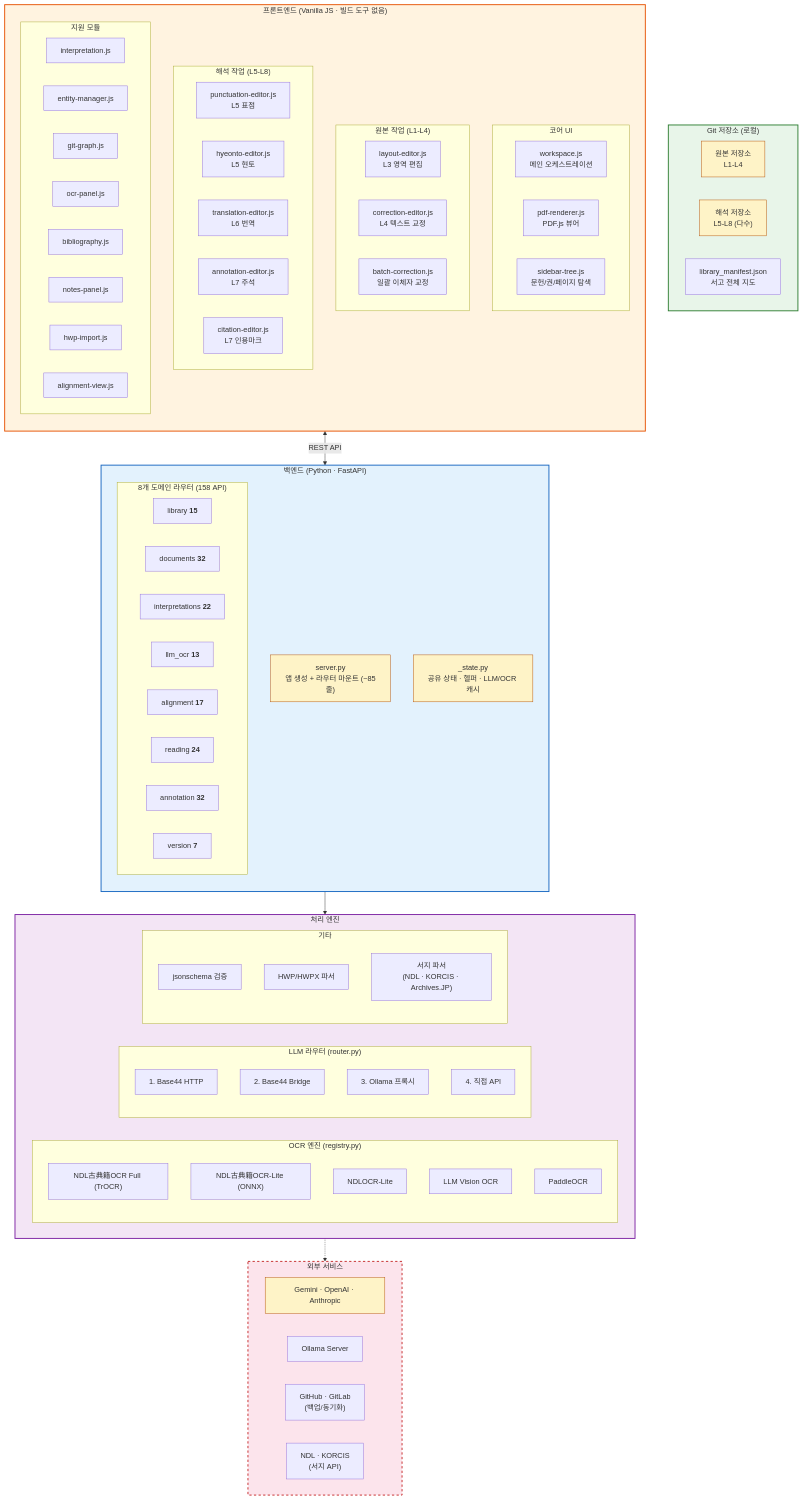
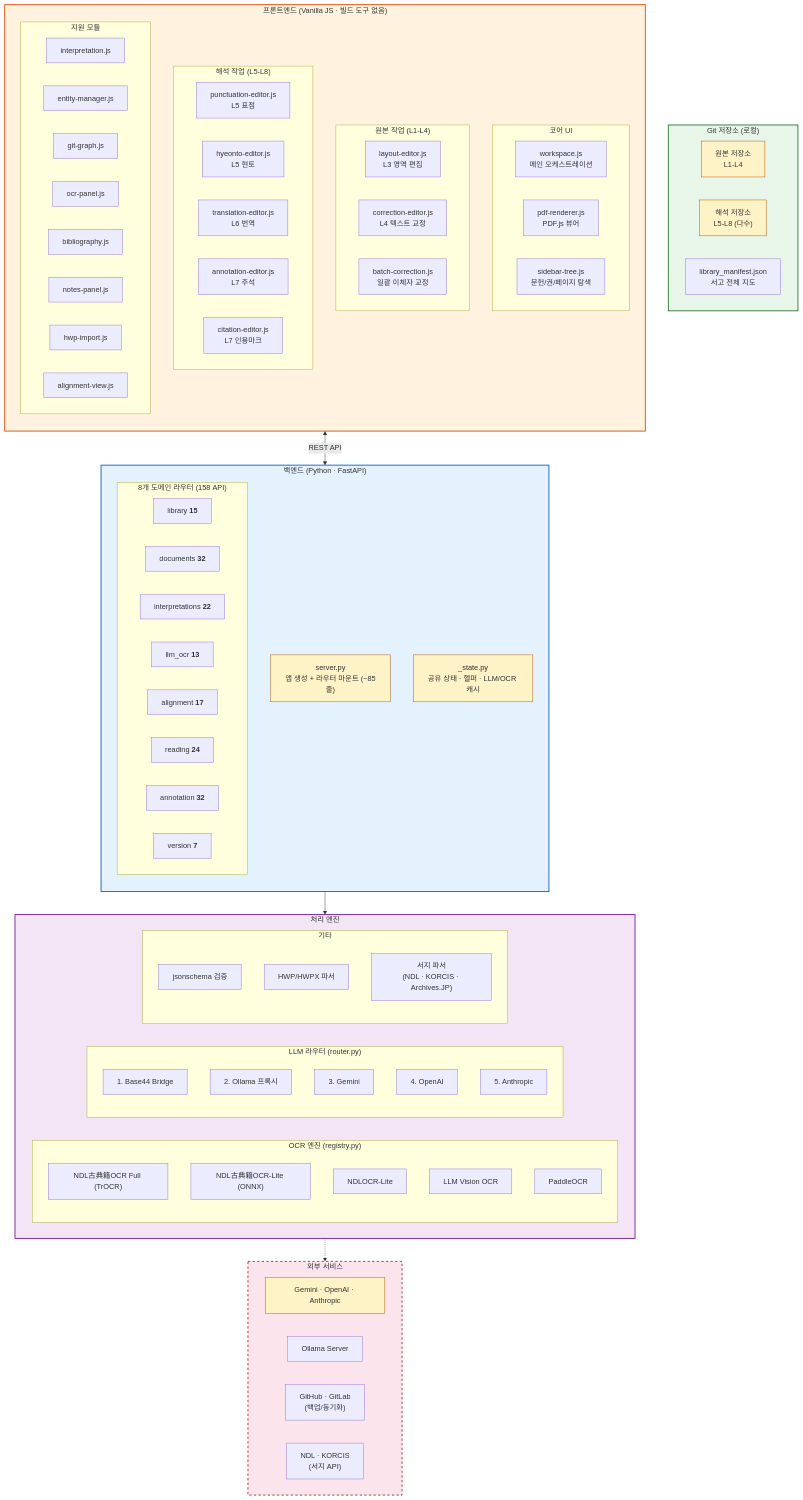
One commit to hw725/classical-text-browser changed the second of 12 diagrams in docs/architecture-diagrams.md. Above: the diagram before and after it, drawn with Mermaid. The commit also changed other lines of this file and 1 other file, not shown here.

First line of the commit message:
docs: 다이어그램 문서 LLM 4단→5단 폴백 반영

```diff
--- a/docs/architecture-diagrams.md
+++ b/docs/architecture-diagrams.md
@@ -161,10 +161,11 @@
             O5["PaddleOCR"]
         end
         subgraph LLM_ENG["LLM 라우터 (router.py)"]
-            LR1["1. Base44 HTTP"]
-            LR2["2. Base44 Bridge"]
-            LR3["3. Ollama 프록시"]
-            LR4["4. 직접 API"]
+            LR1["1. Base44 Bridge"]
+            LR2["2. Ollama 프록시"]
+            LR3["3. Gemini"]
+            LR4["4. OpenAI"]
+            LR5["5. Anthropic"]
         end
         subgraph ETC_ENG["기타"]
             JS_VAL["jsonschema 검증"]
```
